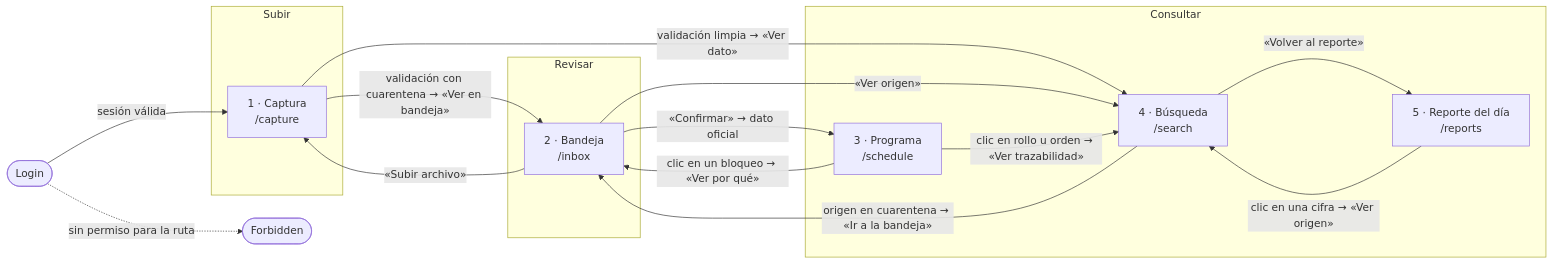
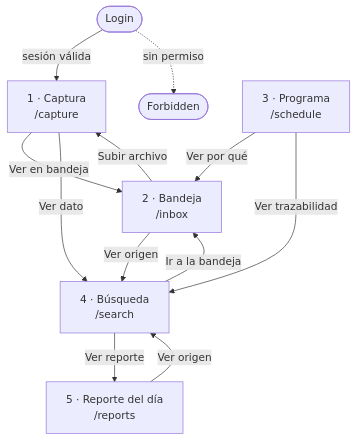
One commit to reeinharddd/docu changed the first of 2 diagrams in docs/diseno/FLUJO.md. Above: the diagram before and after it, drawn with Mermaid. The commit also changed other lines of this file and 1 other file, not shown here.

Commit message:
docs: diagrama de navegacion legible y tabla de botones en FLUJO; iconos de CATEGORIAS segun el codigo (#11)

````diff
--- a/docs/diseno/FLUJO.md
+++ b/docs/diseno/FLUJO.md
@@ -37,30 +38,21 @@
 ```mermaid
-flowchart LR
+flowchart TD
   login([Login]) -->|sesión válida| capture
-  login -.->|sin permiso para la ruta| forbidden([Forbidden])
+  login -.->|sin permiso| forbidden([Forbidden])
 
-  subgraph Subir
-    capture[1 · Captura<br/>/capture]
-  end
+  capture["1 · Captura<br/>/capture"]
+  inbox["2 · Bandeja<br/>/inbox"]
+  schedule["3 · Programa<br/>/schedule"]
+  search["4 · Búsqueda<br/>/search"]
+  reports["5 · Reporte del día<br/>/reports"]
 
-  subgraph Revisar
-    inbox[2 · Bandeja<br/>/inbox]
-  end
-
-  subgraph Consultar
-    schedule[3 · Programa<br/>/schedule]
-    search[4 · Búsqueda<br/>/search]
-    reports[5 · Reporte del día<br/>/reports]
-  end
-
-  capture -->|"validación con cuarentena → «Ver en bandeja»"| inbox
-  capture -->|"validación limpia → «Ver dato»"| search
-  inbox -->|"«Confirmar» → dato oficial"| schedule
-  inbox -->|"«Ver origen»"| search
-  inbox -->|"«Subir archivo»"| capture
-  schedule -->|"clic en un bloqueo → «Ver por qué»"| inbox
-  schedule -->|"clic en rollo u orden → «Ver trazabilidad»"| search
-  reports -->|"clic en una cifra → «Ver origen»"| search
-  search -->|"origen en cuarentena → «Ir a la bandeja»"| inbox
-  search -->|"«Volver al reporte»"| reports
+  capture -->|Ver en bandeja| inbox
+  capture -->|Ver dato| search
+  inbox -->|Subir archivo| capture
+  inbox -->|Ver origen| search
+  schedule -->|Ver por qué| inbox
+  schedule -->|Ver trazabilidad| search
+  reports -->|Ver origen| search
+  search -->|Ir a la bandeja| inbox
+  search -->|Ver reporte| reports
 ```
````
